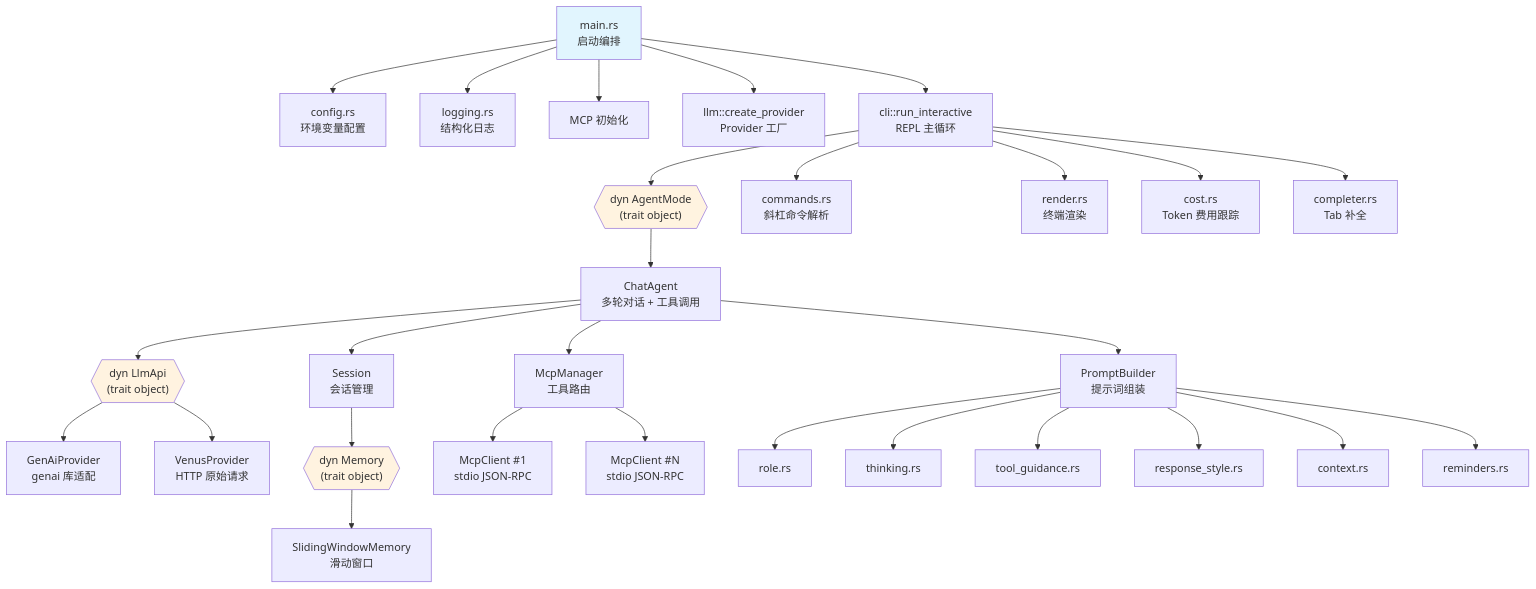
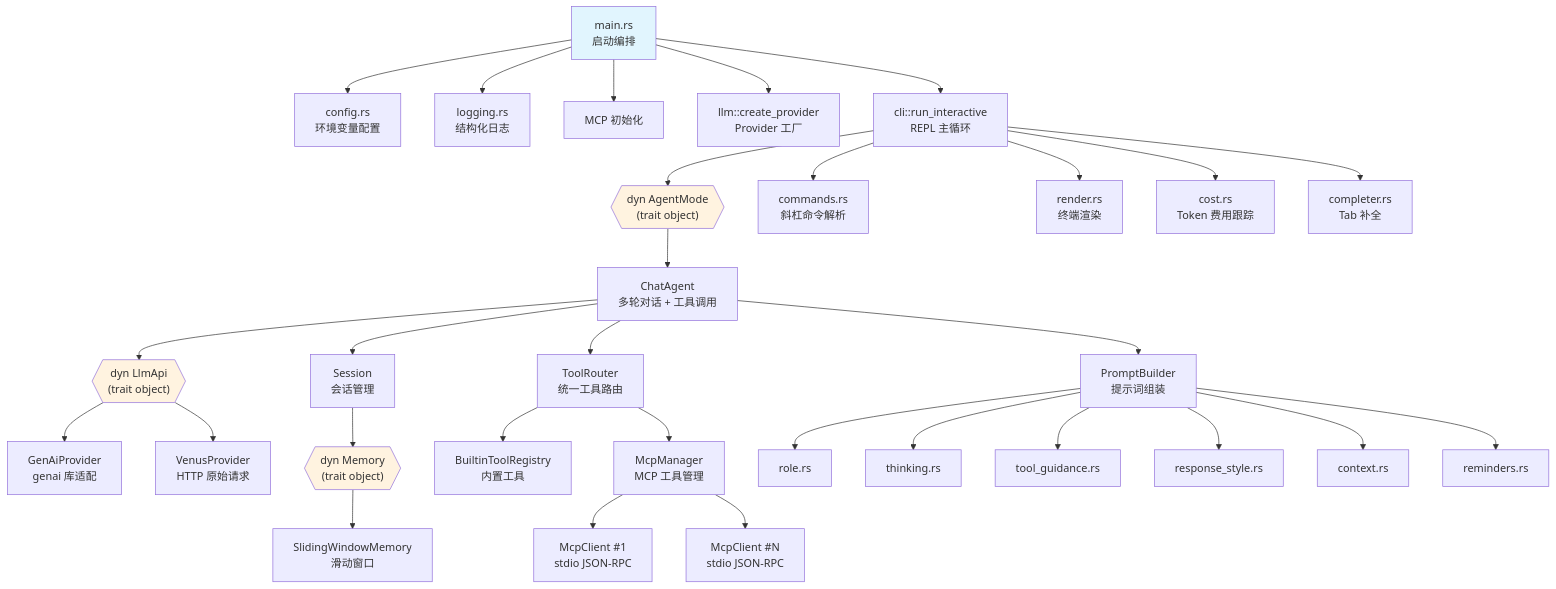
Before and after one commit to darkinsky/daedalus: the diagram in ARCHITECTURE.md, drawn with Mermaid. The commit also changed other lines of this file and 22 other files, not shown here.

````diff
--- a/ARCHITECTURE.md
+++ b/ARCHITECTURE.md
@@ -9,41 +9,44 @@
 ```mermaid
 graph TD
     Main[main.rs<br/>启动编排] --> Config[config.rs<br/>环境变量配置]
     Main --> Logging[logging.rs<br/>结构化日志]
     Main --> McpInit[MCP 初始化]
     Main --> LlmFactory[llm::create_provider<br/>Provider 工厂]
     Main --> CLI[cli::run_interactive<br/>REPL 主循环]
 
     CLI --> AgentMode{{"dyn AgentMode<br/>(trait object)"}}
     CLI --> Commands[commands.rs<br/>斜杠命令解析]
     CLI --> Render[render.rs<br/>终端渲染]
     CLI --> Cost[cost.rs<br/>Token 费用跟踪]
     CLI --> Completer[completer.rs<br/>Tab 补全]
 
     AgentMode --> ChatAgent[ChatAgent<br/>多轮对话 + 工具调用]
     ChatAgent --> LlmApi{{"dyn LlmApi<br/>(trait object)"}}
     ChatAgent --> Session[Session<br/>会话管理]
-    ChatAgent --> McpManager[McpManager<br/>工具路由]
+    ChatAgent --> ToolRouter[ToolRouter<br/>统一工具路由]
     ChatAgent --> PromptBuilder[PromptBuilder<br/>提示词组装]
+
+    ToolRouter --> BuiltinTools[BuiltinToolRegistry<br/>内置工具]
+    ToolRouter --> McpManager[McpManager<br/>MCP 工具管理]
 
     LlmApi --> GenAi[GenAiProvider<br/>genai 库适配]
     LlmApi --> Venus[VenusProvider<br/>HTTP 原始请求]
 
     Session --> Memory{{"dyn Memory<br/>(trait object)"}}
     Memory --> SlidingWindow[SlidingWindowMemory<br/>滑动窗口]
 
     McpManager --> McpClient1[McpClient #1<br/>stdio JSON-RPC]
     McpManager --> McpClient2[McpClient #N<br/>stdio JSON-RPC]
 
     PromptBuilder --> RoleSection[role.rs]
     PromptBuilder --> ThinkingSection[thinking.rs]
     PromptBuilder --> ToolSection[tool_guidance.rs]
     PromptBuilder --> StyleSection[response_style.rs]
     PromptBuilder --> ContextSection[context.rs]
     PromptBuilder --> RemindersSection[reminders.rs]
 
     style Main fill:#e1f5fe
     style AgentMode fill:#fff3e0
     style LlmApi fill:#fff3e0
     style Memory fill:#fff3e0
 ```
````
